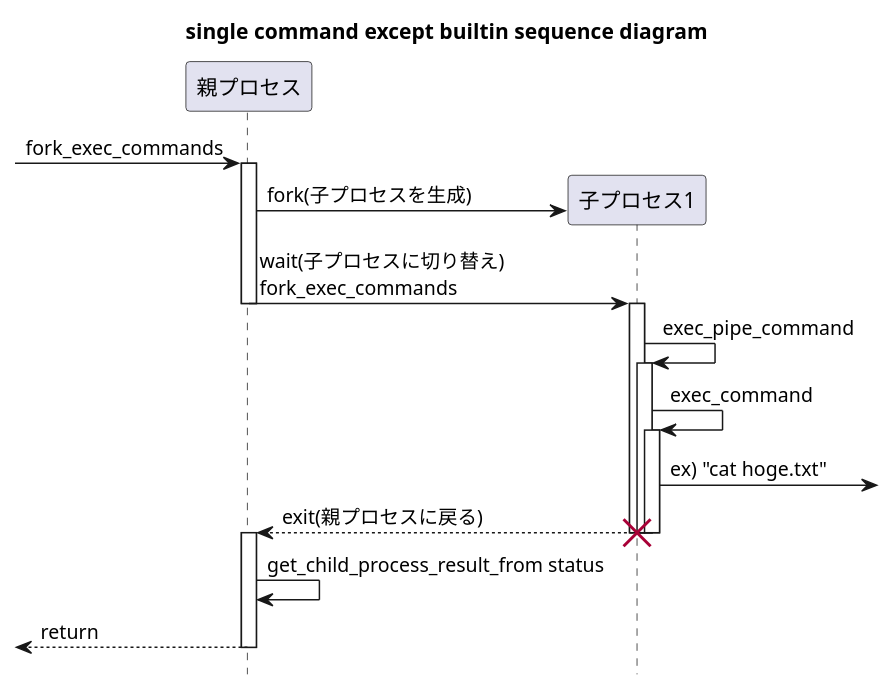
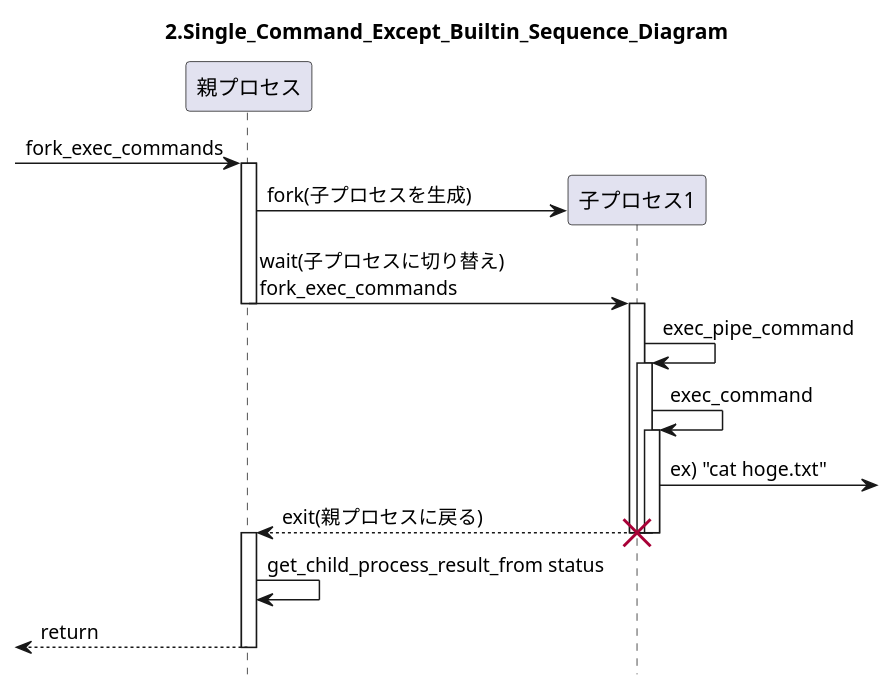
The diagram in design/sequence_not_buildin.puml (Toshiki-Nakamura/minishell), drawn with PlantUML before and after one commit. The commit also changed 8 other files, not shown here.

Commit message:
fix sequence diagrams

```diff
--- a/design/sequence_not_buildin.puml
+++ b/design/sequence_not_buildin.puml
@@ -3,30 +3,30 @@
 @startuml
-title single command except builtin sequence diagram
+title 2.Single_Command_Except_Builtin_Sequence_Diagram
 hide footbox
 
 participant "親プロセス" as Parent
 participant "子プロセス1" as Child1
 
 [-> Parent : fork_exec_commands
 activate Parent
 create Child1
 Parent -> Child1 : fork(子プロセスを生成)
 Parent -> Child1 : wait(子プロセスに切り替え)\nfork_exec_commands
 deactivate Parent
 activate Child1
 Child1 -> Child1 : exec_pipe_command
 activate Child1
 Child1 -> Child1 : exec_command
 activate Child1
 Child1->] : ex) "cat hoge.txt"
 Parent <-- Child1 : exit(親プロセスに戻る)
 deactivate Child1
 deactivate Child1
 deactivate Child1
 destroy Child1
 activate Parent
 Parent -> Parent : get_child_process_result_from status
 [<-- Parent : return
 deactivate Parent
 
 @enduml
```
